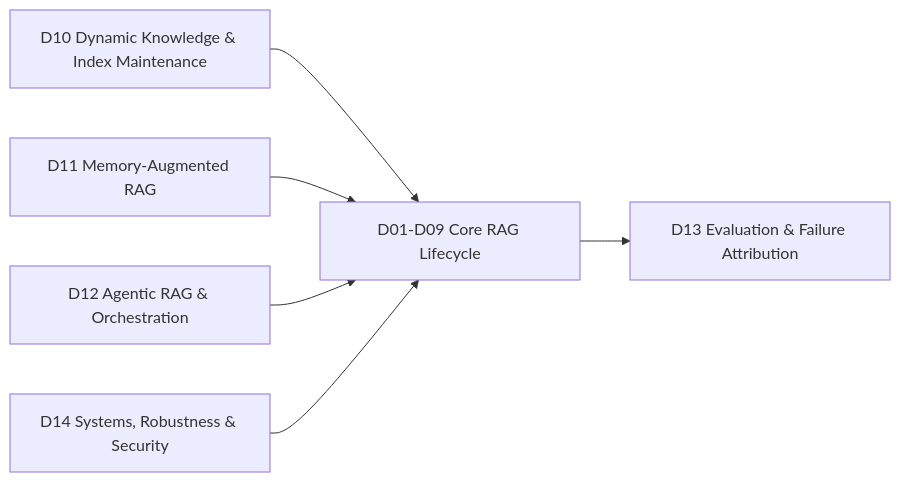
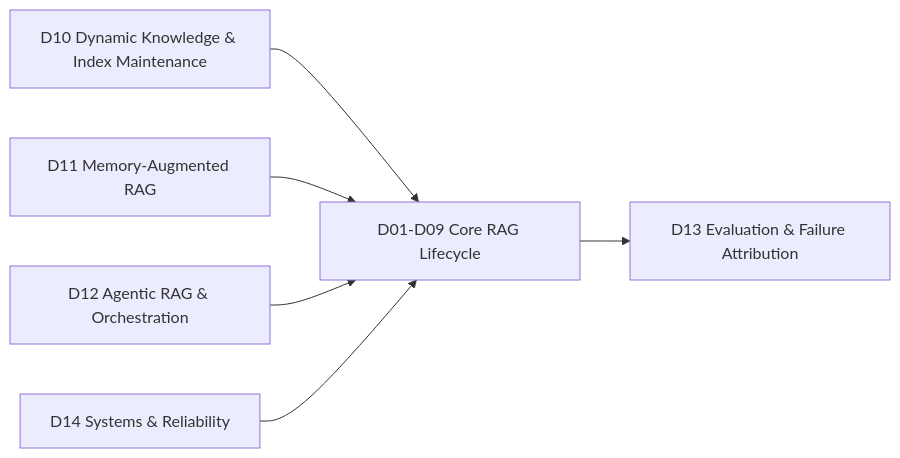
One commit to Cycl0n3-ga/RAG-survey changed the second of 4 diagrams in 00 - 導覽與心智圖 (Navigation & MOC)/LLM 超長文件處理心智圖 (MOC).md. Above: the diagram before and after it, drawn with Mermaid. The commit also changed other lines of this file, not shown here.

````diff
--- a/00 - 導覽與心智圖 (Navigation & MOC)/LLM 超長文件處理心智圖 (MOC).md
+++ b/00 - 導覽與心智圖 (Navigation & MOC)/LLM 超長文件處理心智圖 (MOC).md
@@ -51,11 +51,11 @@
 ```mermaid
 flowchart LR
     CORE["D01-D09 Core RAG Lifecycle"]
 
     D10["D10 Dynamic Knowledge & Index Maintenance"] --> CORE
     D11["D11 Memory-Augmented RAG"] --> CORE
     D12["D12 Agentic RAG & Orchestration"] --> CORE
 
     CORE --> D13["D13 Evaluation & Failure Attribution"]
-    D14["D14 Systems, Robustness & Security"] --> CORE
+    D14["D14 Systems & Reliability"] --> CORE
 ```
````
